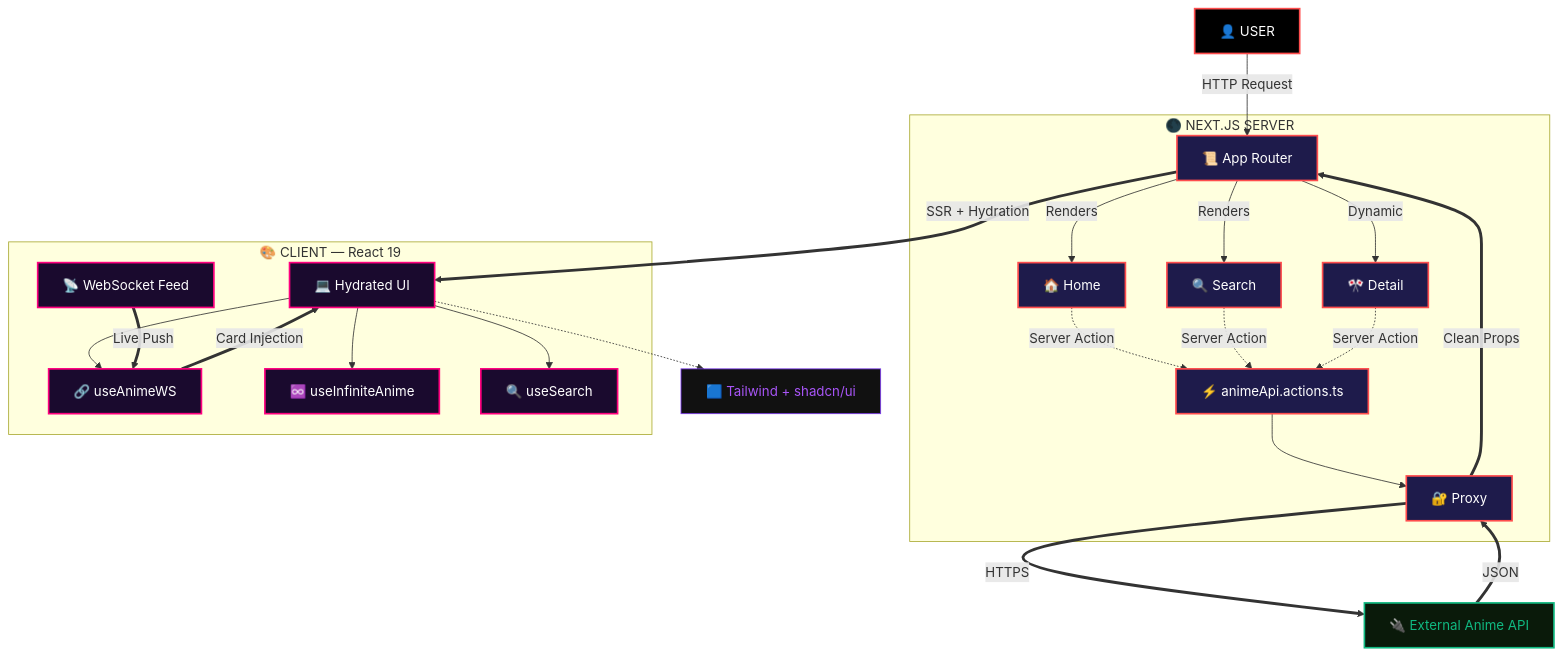
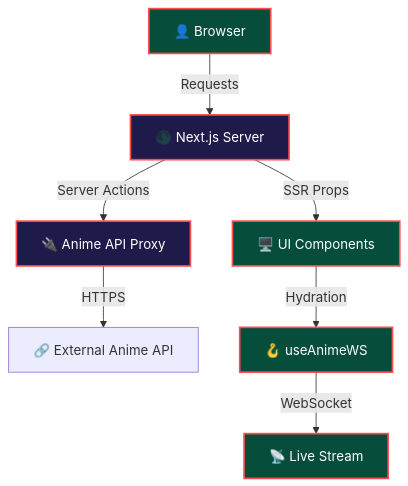
Before and after one commit to salonyranjan/anime-grid: the diagram in README.md, drawn with Mermaid. The commit also changed other lines of this file, not shown here.

Commit message:
Add dynamic sitemap and JSON‑LD for SEO

````diff
--- a/README.md
+++ b/README.md
@@ -162,52 +101,16 @@
 ```mermaid
 graph TD
-    U[👤 USER] -->|HTTP Request| APP
+    B[👤 Browser] -->|Requests| S[🌑 Next.js Server]
+    S -->|Server Actions| API[🔌 Anime API Proxy]
+    API -->|HTTPS| EXT[🔗 External Anime API]
 
-    subgraph Next_Server ["🌑 NEXT.JS SERVER"]
-        APP[📜 App Router]
-        APP -->|Renders| P_HOME[🏠 Home]
-        APP -->|Renders| P_SEARCH[🔍 Search]
-        APP -->|Dynamic| P_DETAIL[🎌 Detail]
-        SEC[⚡ animeApi.actions.ts]
-        PROXY[🔐 Proxy]
-    end
-
-    EXT[🔌 External Anime API]
-    P_HOME -.->|Server Action| SEC
-    P_SEARCH -.->|Server Action| SEC
-    P_DETAIL -.->|Server Action| SEC
-    SEC --> PROXY
-    PROXY ==>|HTTPS| EXT
-    EXT ==>|JSON| PROXY
-    PROXY ==>|Clean Props| APP
-
-    subgraph Client_Layer ["🎨 CLIENT — React 19"]
-        UI[💻 Hydrated UI]
-        HOOKS_WS[🔗 useAnimeWS]
-        HOOKS_INF[♾️ useInfiniteAnime]
-        HOOKS_SRCH[🔍 useSearch]
-        WS[📡 WebSocket Feed]
-    end
-
-    APP ==>|SSR + Hydration| UI
-    UI --> HOOKS_WS
-    UI --> HOOKS_INF
-    UI --> HOOKS_SRCH
-    WS ==>|Live Push| HOOKS_WS
-    HOOKS_WS ==>|Card Injection| UI
-
-    TAILWIND[🟦 Tailwind + shadcn/ui]
-    UI -.-> TAILWIND
+    S -->|SSR Props| UI[🖥️ UI Components]
+    UI -->|Hydration| HOOK[🪝 useAnimeWS]
+    HOOK -->|WebSocket| WS[📡 Live Stream]
 
     classDef server fill:#1e1b4b,stroke:#ff4d4d,stroke-width:2px,color:#fff;
-    classDef client fill:#1a0a2e,stroke:#ff007f,stroke-width:2px,color:#fff;
-    classDef external fill:#0a1a0a,stroke:#10b981,stroke-width:2px,color:#10b981;
-    classDef styling fill:#111,stroke:#7c3aed,stroke-width:1px,color:#a855f7;
-    classDef user fill:#000,stroke:#ff4d4d,stroke-width:2px,color:#fff;
-
-    class U user;
-    class APP,P_HOME,P_SEARCH,P_DETAIL,SEC,PROXY server;
-    class UI,HOOKS_WS,HOOKS_INF,HOOKS_SRCH,WS client;
-    class EXT external;
-    class TAILWIND styling;
+    classDef client fill:#064e3b,stroke:#ff4d4d,stroke-width:2px,color:#fff;
+    class B,UI client;
+    class S,API server;
+    class WS,HOOK client;
 ```
````
